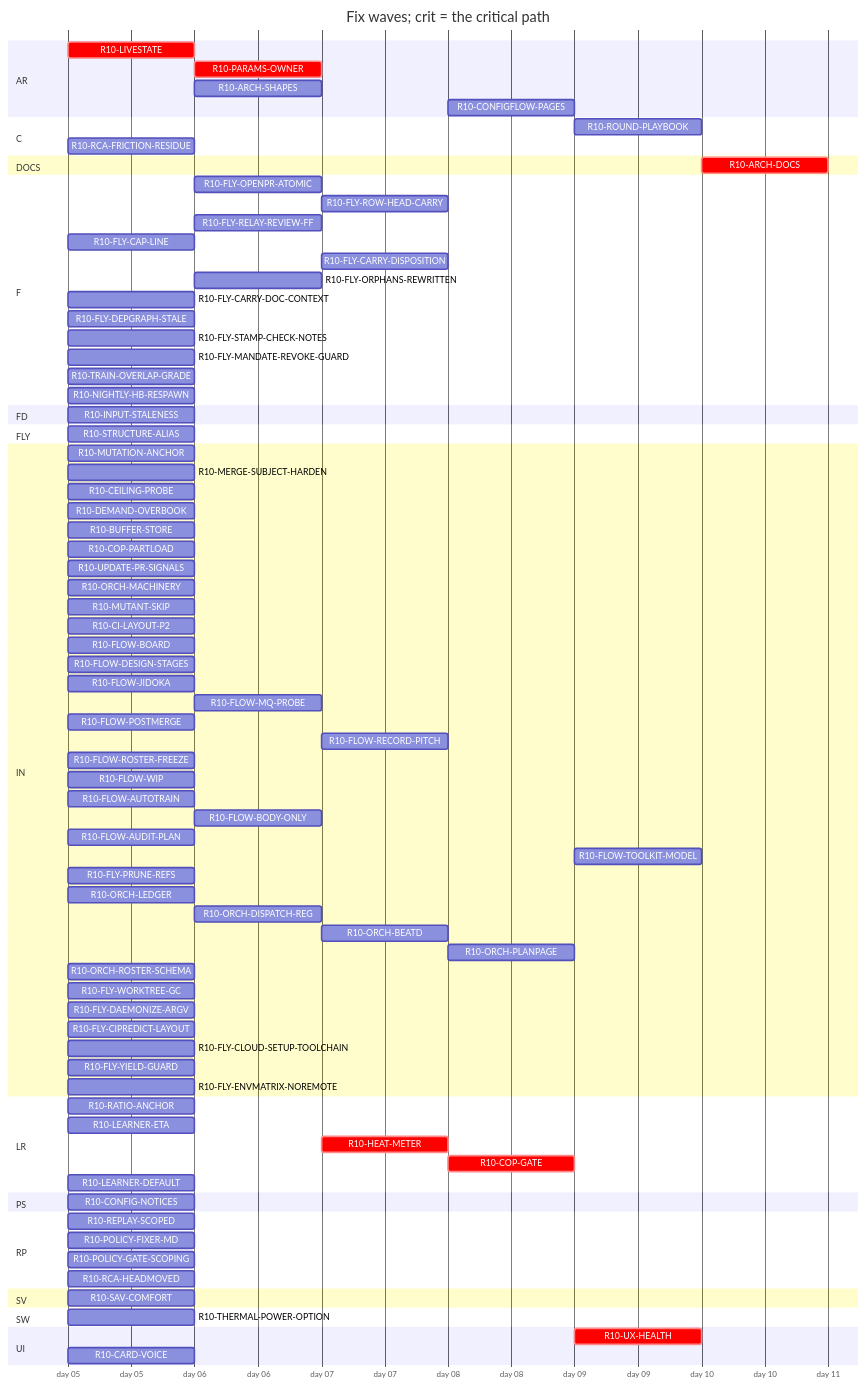
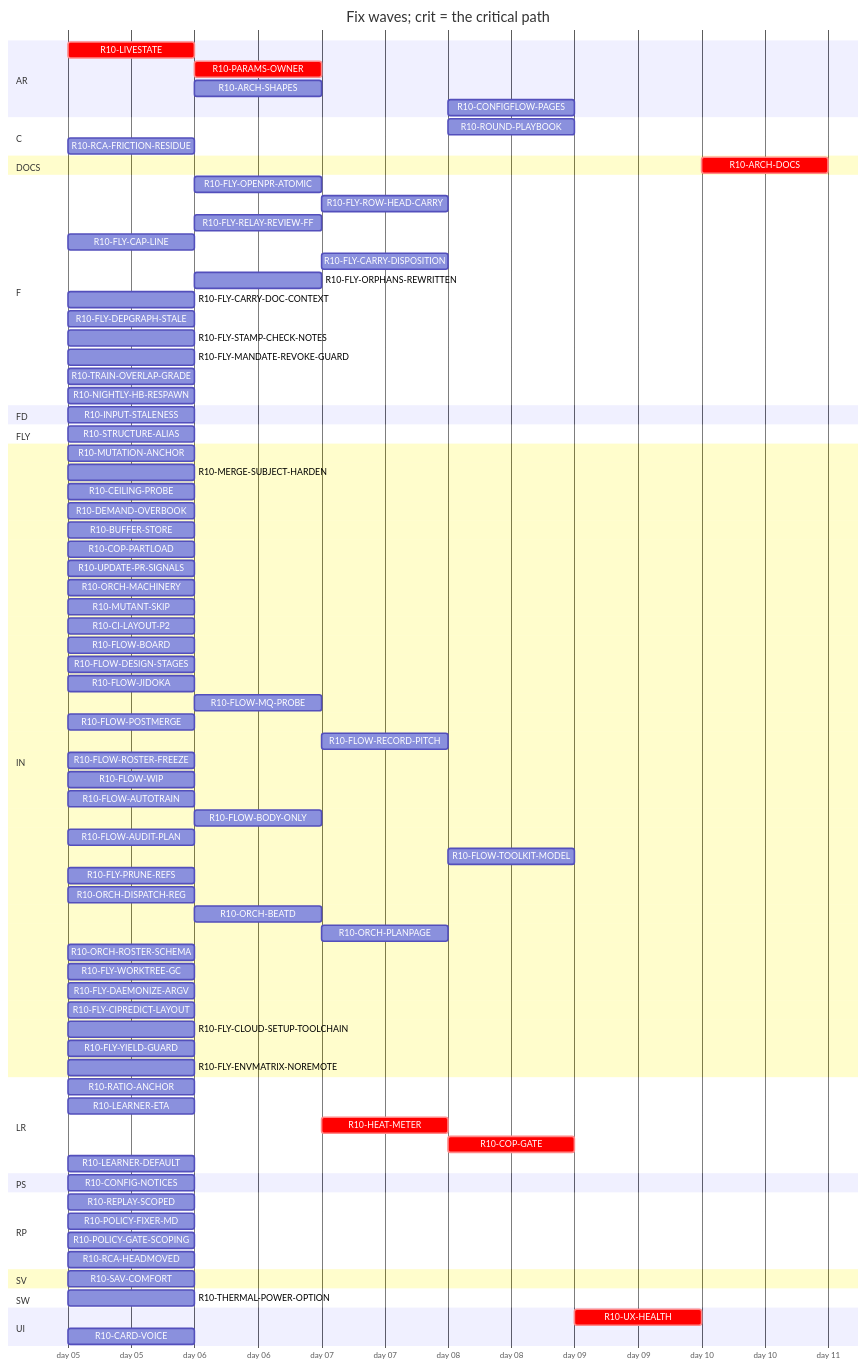
The diagram in handoff/round10/state/PLAN-TABLE.md (tvofi/heatpump_optimizer), drawn with Mermaid before and after one commit. The commit also changed other lines of this file and 2 other files, not shown here.

```diff
--- a/handoff/round10/state/PLAN-TABLE.md
+++ b/handoff/round10/state/PLAN-TABLE.md
@@ -34,7 +34,7 @@
     R10-ARCH-SHAPES :r10ARCHSHAPES, after r10LIVESTATE r10INPUTSTALENESS, 1d
     R10-CONFIGFLOW-PAGES :r10CONFIGFLOWPAGES, after r10HEATMETER, 1d
   section C
-    R10-ROUND-PLAYBOOK :r10ROUNDPLAYBOOK, after r10FLOWAUDITPLAN r10ORCHLEDGER r10ORCHDISPATCHREG r10ORCHBEATD r10ORCHPLANPAGE r10FLOWAUTOTRAIN r10CILAYOUTP2, 1d
+    R10-ROUND-PLAYBOOK :r10ROUNDPLAYBOOK, after r10FLOWAUDITPLAN r10ORCHDISPATCHREG r10ORCHBEATD r10ORCHPLANPAGE r10FLOWAUTOTRAIN r10CILAYOUTP2, 1d
     R10-RCA-FRICTION-RESIDUE :r10RCAFRICTIONRESIDUE, 2026-01-05, 1d
   section DOCS
     R10-ARCH-DOCS :crit, r10ARCHDOCS, after r10RATIOANCHOR r10INPUTSTALENESS r10LIVESTATE r10CONFIGNOTICES r10PARAMSOWNER r10ARCHSHAPES r10LEARNERETA r10HEATMETER r10COPGATE r10UXHEALTH r10CONFIGFLOWPAGES r10REPLAYSCOPED, 1d
@@ -79,8 +79,7 @@
     R10-FLOW-AUDIT-PLAN :r10FLOWAUDITPLAN, 2026-01-05, 1d
     R10-FLOW-TOOLKIT-MODEL :r10FLOWTOOLKITMODEL, after r10ORCHPLANPAGE, 1d
     R10-FLY-PRUNE-REFS :r10FLYPRUNEREFS, 2026-01-05, 1d
-    R10-ORCH-LEDGER :r10ORCHLEDGER, 2026-01-05, 1d
-    R10-ORCH-DISPATCH-REG :r10ORCHDISPATCHREG, after r10ORCHLEDGER, 1d
+    R10-ORCH-DISPATCH-REG :r10ORCHDISPATCHREG, 2026-01-05, 1d
     R10-ORCH-BEATD :r10ORCHBEATD, after r10ORCHDISPATCHREG, 1d
     R10-ORCH-PLANPAGE :r10ORCHPLANPAGE, after r10ORCHBEATD, 1d
     R10-ORCH-ROSTER-SCHEMA :r10ORCHROSTERSCHEMA, 2026-01-05, 1d
```
